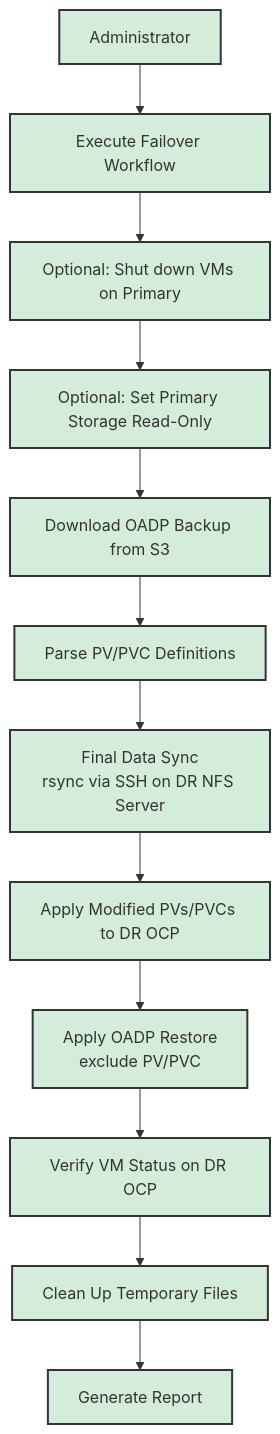
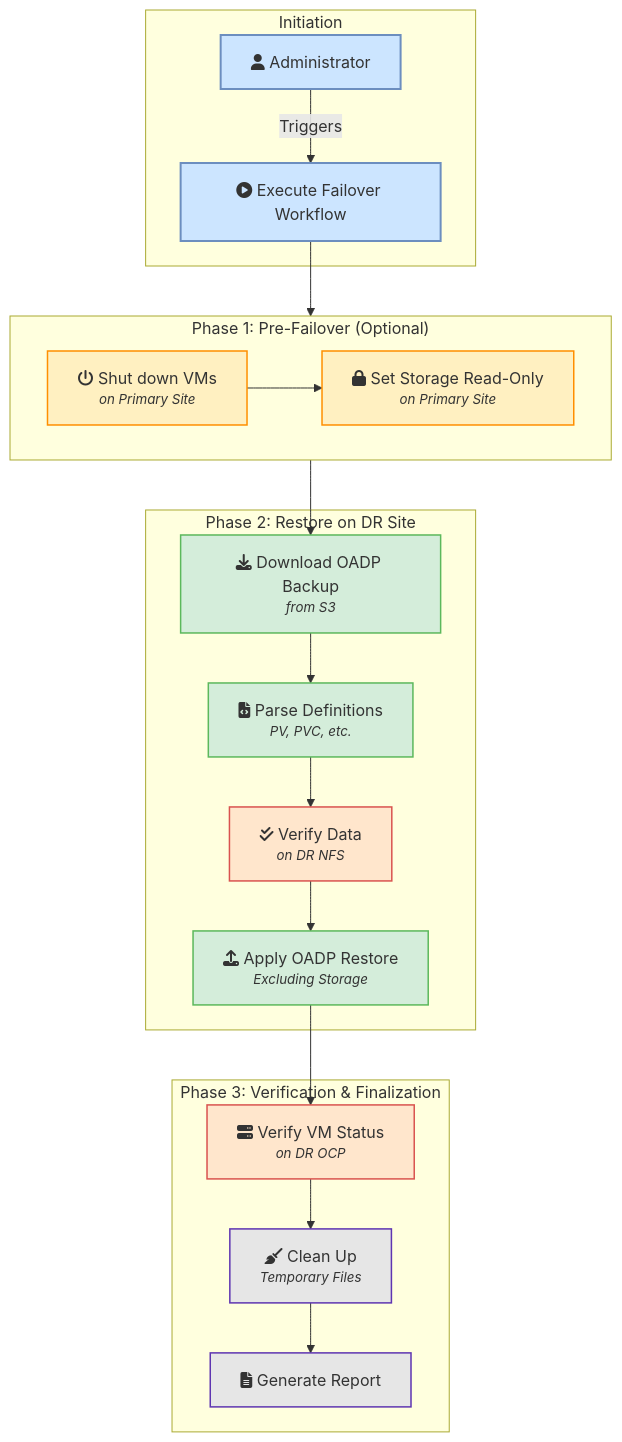
One commit to wangzheng422/ansible-dr-demo changed the third of 3 diagrams in planning/ansible-dr-design-en.md. Above: the diagram before and after it, drawn with Mermaid. The commit also changed other lines of this file, not shown here.

````diff
--- a/planning/ansible-dr-design-en.md
+++ b/planning/ansible-dr-design-en.md
@@ -91,27 +142,39 @@
 ```mermaid
 graph TD
-    I[Administrator] --> J[Execute Failover Workflow];
-    J --> K[Optional: Shut down VMs on Primary];
-    K --> L[Optional: Set Primary Storage Read-Only];
-    L --> M[Download OADP Backup from S3];
-    M --> N[Parse PV/PVC Definitions];
-    N --> O[Final Data Sync<br>rsync via SSH on DR NFS Server];
-    O --> P[Apply Modified PVs/PVCs to DR OCP];
-    P --> Q[Apply OADP Restore<br>exclude PV/PVC];
-    Q --> R[Verify VM Status on DR OCP];
-    R --> T[Clean Up Temporary Files];
-    T --> U[Generate Report];
+    subgraph "Initiation"
+        Admin["fa:fa-user Administrator"] -- Triggers --> Start["fa:fa-play-circle Execute Failover Workflow"];
+    end
 
-    style I fill:#d4edda,stroke:#333,stroke-width:2px
-    style J fill:#d4edda,stroke:#333,stroke-width:2px
-    style K fill:#d4edda,stroke:#333,stroke-width:2px
-    style L fill:#d4edda,stroke:#333,stroke-width:2px
-    style M fill:#d4edda,stroke:#333,stroke-width:2px
-    style N fill:#d4edda,stroke:#333,stroke-width:2px
-    style O fill:#d4edda,stroke:#333,stroke-width:2px
-    style P fill:#d4edda,stroke:#333,stroke-width:2px
-    style Q fill:#d4edda,stroke:#333,stroke-width:2px
-    style R fill:#d4edda,stroke:#333,stroke-width:2px
-    style T fill:#d4edda,stroke:#333,stroke-width:2px
-    style U fill:#d4edda,stroke:#333,stroke-width:2px
+    subgraph "Phase 1: Pre-Failover (Optional)"
+        direction LR
+        A["fa:fa-power-off Shut down VMs<br><div style='font-size:smaller; font-style:italic'>on Primary Site</div>"]
+        B["fa:fa-lock Set Storage Read-Only<br><div style='font-size:smaller; font-style:italic'>on Primary Site</div>"]
+    end
+
+    subgraph "Phase 2: Restore on DR Site"
+        C["fa:fa-download Download OADP Backup<br><div style='font-size:smaller; font-style:italic'>from S3</div>"]
+        D["fa:fa-file-code Parse Definitions<br><div style='font-size:smaller; font-style:italic'>PV, PVC, etc.</div>"]
+        E["fa:fa-check-double Verify Data<br><div style='font-size:smaller; font-style:italic'>on DR NFS</div>"]
+        F["fa:fa-upload Apply OADP Restore<br><div style='font-size:smaller; font-style:italic'>Excluding Storage</div>"]
+    end
+
+    subgraph "Phase 3: Verification & Finalization"
+        G["fa:fa-server Verify VM Status<br><div style='font-size:smaller; font-style:italic'>on DR OCP</div>"]
+        H["fa:fa-broom Clean Up<br><div style='font-size:smaller; font-style:italic'>Temporary Files</div>"]
+        I["fa:fa-file-alt Generate Report"]
+    end
+
+    Start --> A --> B --> C --> D --> E --> F --> G --> H --> I;
+
+    classDef initiation fill:#cce5ff,stroke:#6c8ebf,stroke-width:2px;
+    classDef pre_failover fill:#fff0c1,stroke:#ff8f00,stroke-width:1.5px;
+    classDef restore fill:#d4edda,stroke:#5cb85c,stroke-width:1.5px;
+    classDef verification fill:#e6e6e6,stroke:#5e35b1,stroke-width:1.5px;
+    classDef critical_check fill:#ffe6cc,stroke:#d9534f,stroke-width:1.5px;
+
+    class Admin,Start initiation;
+    class A,B pre_failover;
+    class C,D,F restore;
+    class E,G critical_check;
+    class H,I verification;
 ```
````
